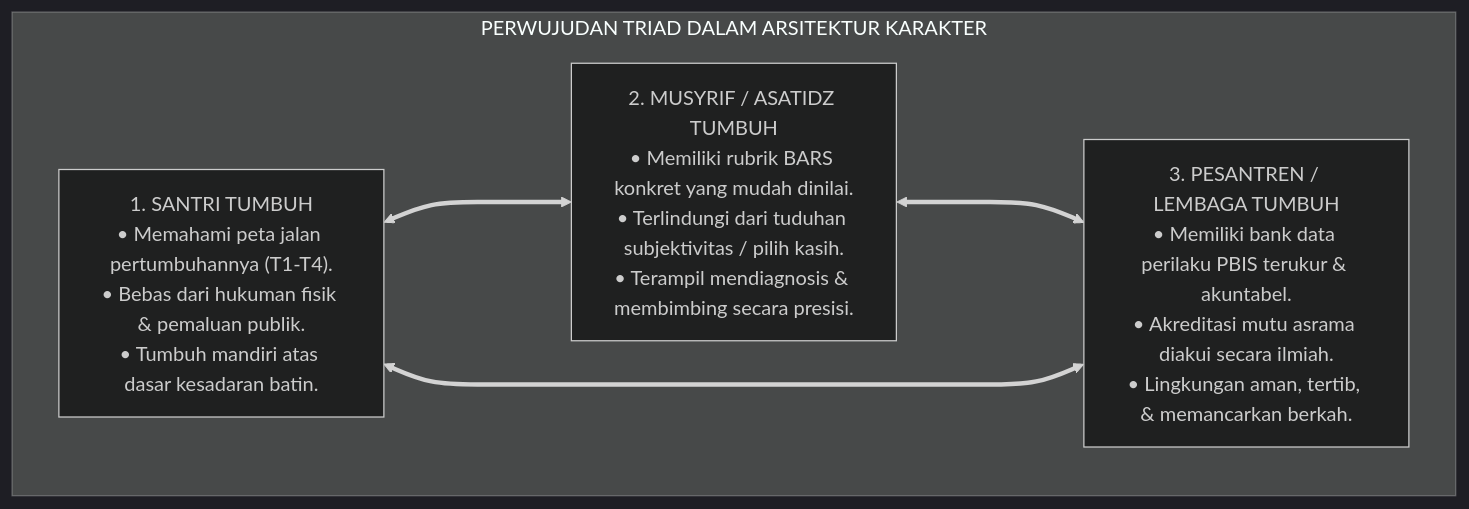
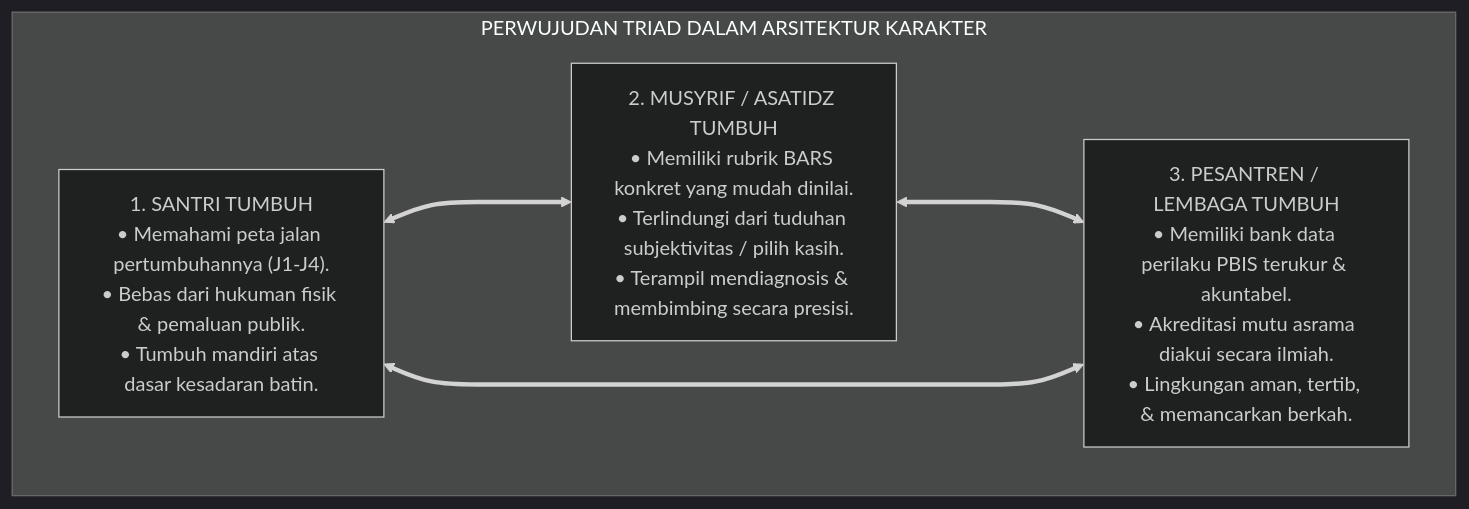
Before and after one commit to wandiapriliyandi/tumbuh: the second of 4 diagrams in 03 Capacity Framework/02 Character Architecture/P3-02-06-Sintesis-Character-Architecture-TUMBUH.md, drawn with Mermaid (dark theme). The commit also changed other lines of this file and 209 other files, not shown here.

````diff
--- a/03 Capacity Framework/02 Character Architecture/P3-02-06-Sintesis-Character-Architecture-TUMBUH.md
+++ b/03 Capacity Framework/02 Character Architecture/P3-02-06-Sintesis-Character-Architecture-TUMBUH.md
@@ -85,14 +85,14 @@
 ```mermaid
 graph TD
     subgraph TriadArsitekturKarakter["PERWUJUDAN TRIAD DALAM ARSITEKTUR KARAKTER"]
-        Santri["1. SANTRI TUMBUH<br/>• Memahami peta jalan pertumbuhannya (T1-T4).<br/>• Bebas dari hukuman fisik & pemaluan publik.<br/>• Tumbuh mandiri atas dasar kesadaran batin."]
+        Santri["1. SANTRI TUMBUH<br/>• Memahami peta jalan pertumbuhannya (J1-J4).<br/>• Bebas dari hukuman fisik & pemaluan publik.<br/>• Tumbuh mandiri atas dasar kesadaran batin."]
         
         Musyrif["2. MUSYRIF / ASATIDZ TUMBUH<br/>• Memiliki rubrik BARS konkret yang mudah dinilai.<br/>• Terlindungi dari tuduhan subjektivitas / pilih kasih.<br/>• Terampil mendiagnosis & membimbing secara presisi."]
         
         Pesantren["3. PESANTREN / LEMBAGA TUMBUH<br/>• Memiliki bank data perilaku PBIS terukur & akuntabel.<br/>• Akreditasi mutu asrama diakui secara ilmiah.<br/>• Lingkungan aman, tertib, & memancarkan berkah."]
         
         Santri <===> Musyrif
         Musyrif <===> Pesantren
         Pesantren <===> Santri
     end
 ```
````
